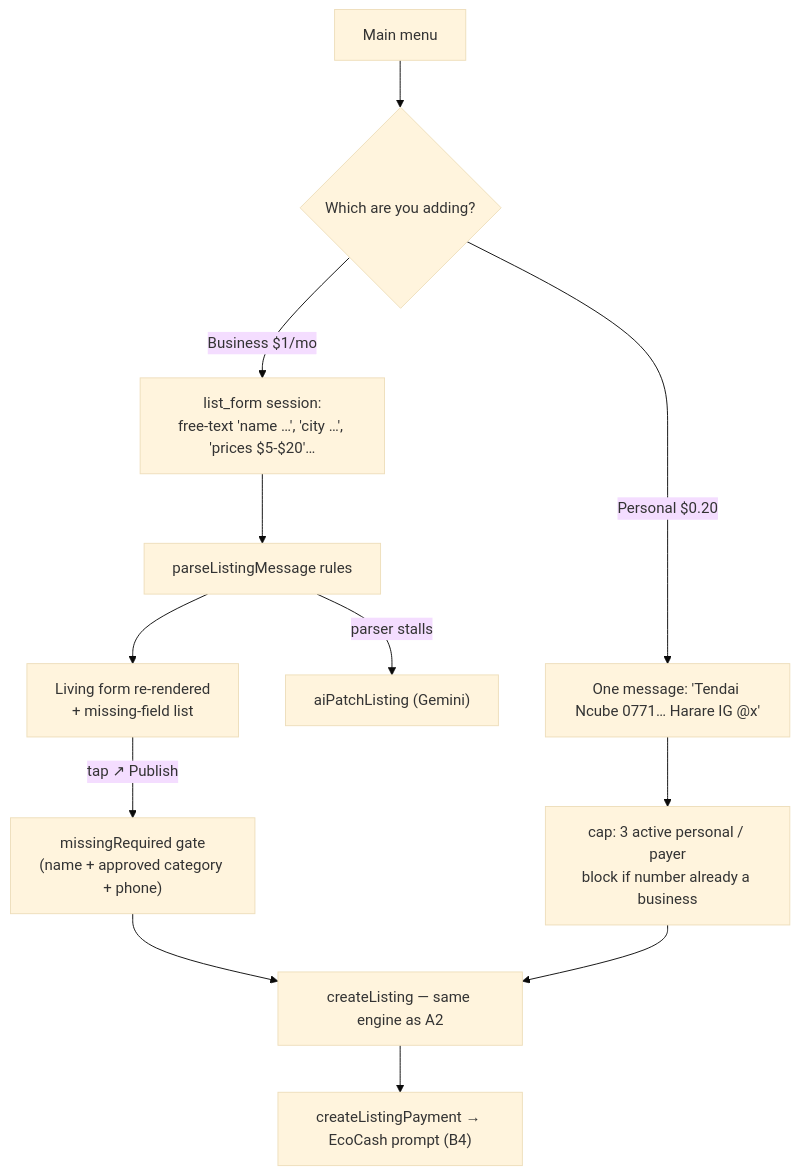
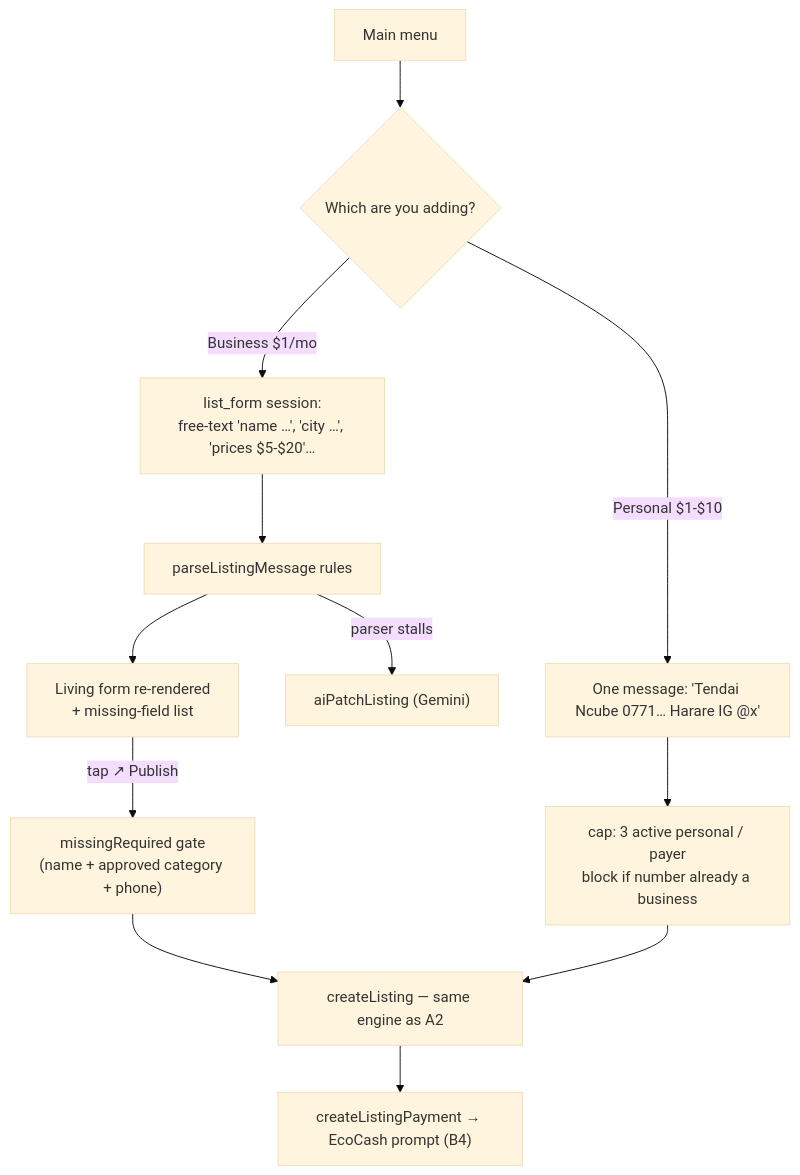
The eighth of 11 diagrams in DATA_FLOW.md (pnyanguwo-cyber/wa.directory), drawn with Mermaid (base theme) before and after one commit. The commit also changed 3 other files, not shown here.

````diff
--- a/DATA_FLOW.md
+++ b/DATA_FLOW.md
@@ -308,14 +308,14 @@
 ```mermaid
 flowchart TD
     M[Main menu] -->    CHOICE{"Which are you adding?"}
     CHOICE -->|Business $1/mo| FORM["list_form session:<br/>free-text 'name …', 'city …', 'prices $5-$20'…"]
-    CHOICE -->|Personal $0.20| ONE["One message: 'Tendai Ncube 0771… Harare IG @x'"]
+    CHOICE -->|Personal $1-$10| ONE["One message: 'Tendai Ncube 0771… Harare IG @x'"]
     FORM -->    PARSER["parseListingMessage rules"]
     PARSER -->|parser stalls| AIGEN["aiPatchListing (Gemini)"]
     PARSER --> LIVING["Living form re-rendered<br/>+ missing-field list"]
     LIVING -->|tap ↗ Publish| GATE["missingRequired gate<br/>(name + approved category + phone)"]
     GATE -->    CL["createListing — same engine as A2"]
     ONE --> GUARDS["cap: 3 active personal / payer<br/>block if number already a business"]
     GUARDS --> CL
     CL --> PAY["createListingPayment → EcoCash prompt (B4)"]
 ```
````
